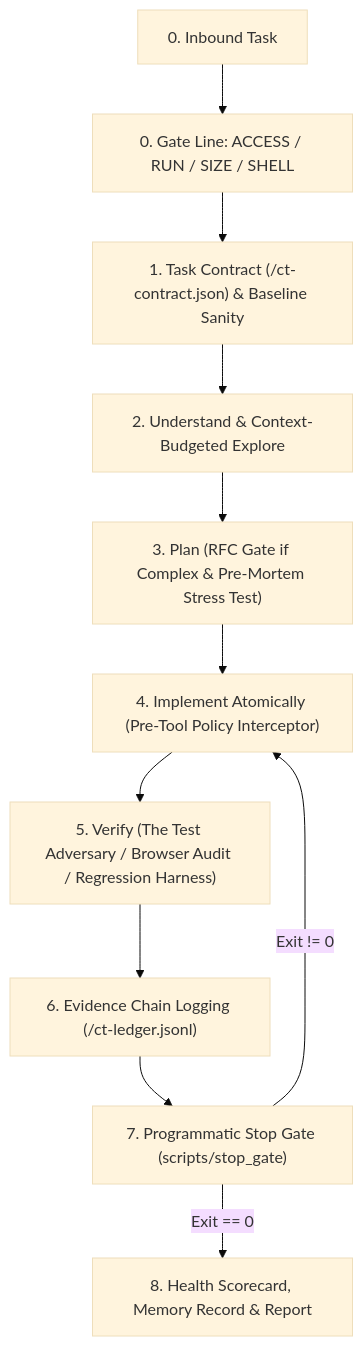
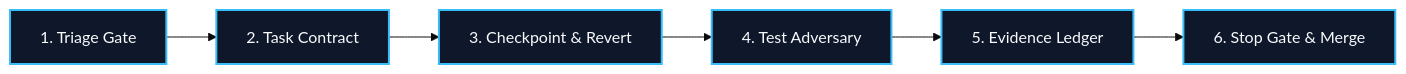
Before and after one commit to dragonkrishnan15/safety: the diagram in README.md, drawn with Mermaid (base theme). The commit also changed other lines of this file and 3 other files, not shown here.

Commit message:
feat(docs): transform README with cyberpunk hero banner, animated terminal simulation, and visual architecture infographic

````diff
--- a/README.md
+++ b/README.md
@@ -116,13 +71,11 @@
 ```mermaid
-graph TD
-    A["0. Inbound Task"] --> B["0. Gate Line: ACCESS / RUN / SIZE / SHELL"]
-    B --> C["1. Task Contract (<tmp>/ct-contract.json) & Baseline Sanity"]
-    C --> D["2. Understand & Context-Budgeted Explore"]
-    D --> E["3. Plan (RFC Gate if Complex & Pre-Mortem Stress Test)"]
-    E --> F["4. Implement Atomically (Pre-Tool Policy Interceptor)"]
-    F --> G["5. Verify (The Test Adversary / Browser Audit / Regression Harness)"]
-    G --> H["6. Evidence Chain Logging (<tmp>/ct-ledger.jsonl)"]
-    H --> I["7. Programmatic Stop Gate (scripts/stop_gate)"]
-    I -->|Exit != 0| F
-    I -->|Exit == 0| J["8. Health Scorecard, Memory Record & Report"]
+graph LR
+    A[1. Triage Gate] --> B[2. Task Contract]
+    B --> C[3. Checkpoint & Revert]
+    C --> D[4. Test Adversary]
+    D --> E[5. Evidence Ledger]
+    E --> F[6. Stop Gate & Merge]
+
+    classDef stage fill:#0f172a,stroke:#38bdf8,stroke-width:2px,color:#f8fafc;
+    class A,B,C,D,E,F stage;
 ```
````
